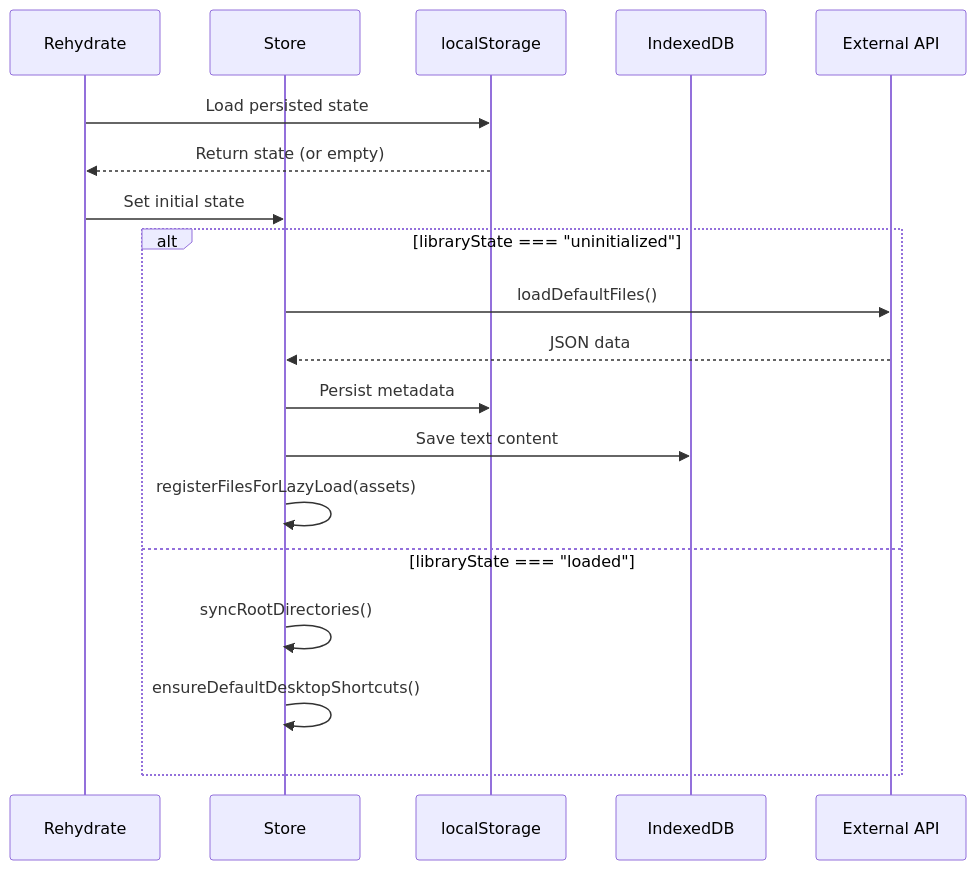
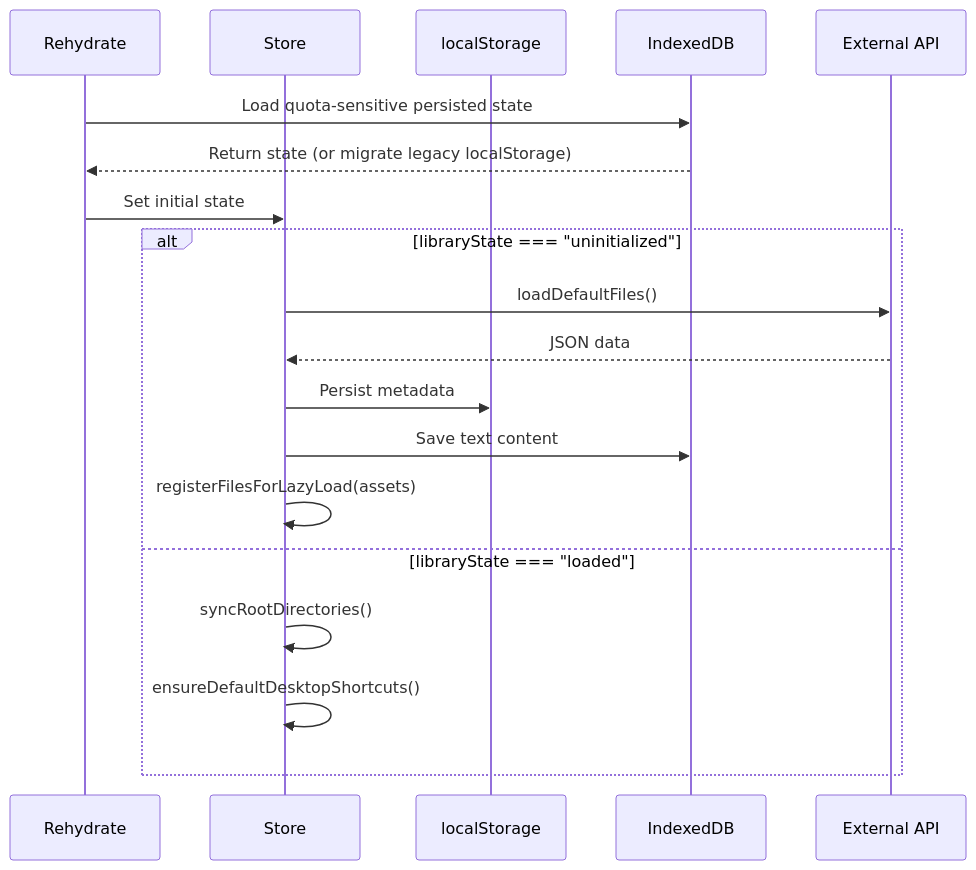
The sixth of 6 diagrams in docs/3.2-state-management.md (ryokun6/ryos), drawn with Mermaid before and after one commit. The commit also changed other lines of this file and 49 other files, not shown here.

````diff
--- a/docs/3.2-state-management.md
+++ b/docs/3.2-state-management.md
@@ -513,23 +525,23 @@
 ```mermaid
 sequenceDiagram
     participant R as Rehydrate
     participant S as Store
     participant LS as localStorage
     participant IDB as IndexedDB
     participant API as External API
     
-    R->>LS: Load persisted state
-    LS-->>R: Return state (or empty)
+    R->>IDB: Load quota-sensitive persisted state
+    IDB-->>R: Return state (or migrate legacy localStorage)
     R->>S: Set initial state
     
     alt libraryState === "uninitialized"
         S->>API: loadDefaultFiles()
         API-->>S: JSON data
         S->>LS: Persist metadata
         S->>IDB: Save text content
         S->>S: registerFilesForLazyLoad(assets)
     else libraryState === "loaded"
         S->>S: syncRootDirectories()
         S->>S: ensureDefaultDesktopShortcuts()
     end
 ```
````
